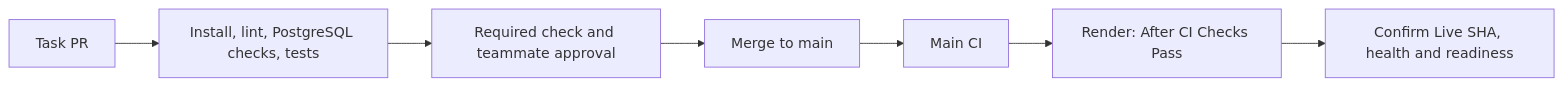
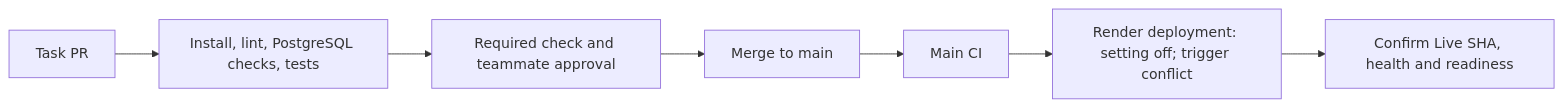
One commit to kendshhh/PhishLens changed the second of 2 diagrams in PIPELINE.md. Above: the diagram before and after it, drawn with Mermaid. The commit also changed other lines of this file and 30 other files, not shown here.

````diff
--- a/PIPELINE.md
+++ b/PIPELINE.md
@@ -449,9 +405,9 @@
 ```mermaid
 flowchart LR
     PR[Task PR] --> CI[Install, lint, PostgreSQL checks, tests]
     CI --> Review[Required check and teammate approval]
     Review --> Main[Merge to main]
     Main --> MainCI[Main CI]
-    MainCI --> Render[Render: After CI Checks Pass]
+    MainCI --> Render[Render deployment: setting off; trigger conflict]
     Render --> Verify[Confirm Live SHA, health and readiness]
 ```
````
